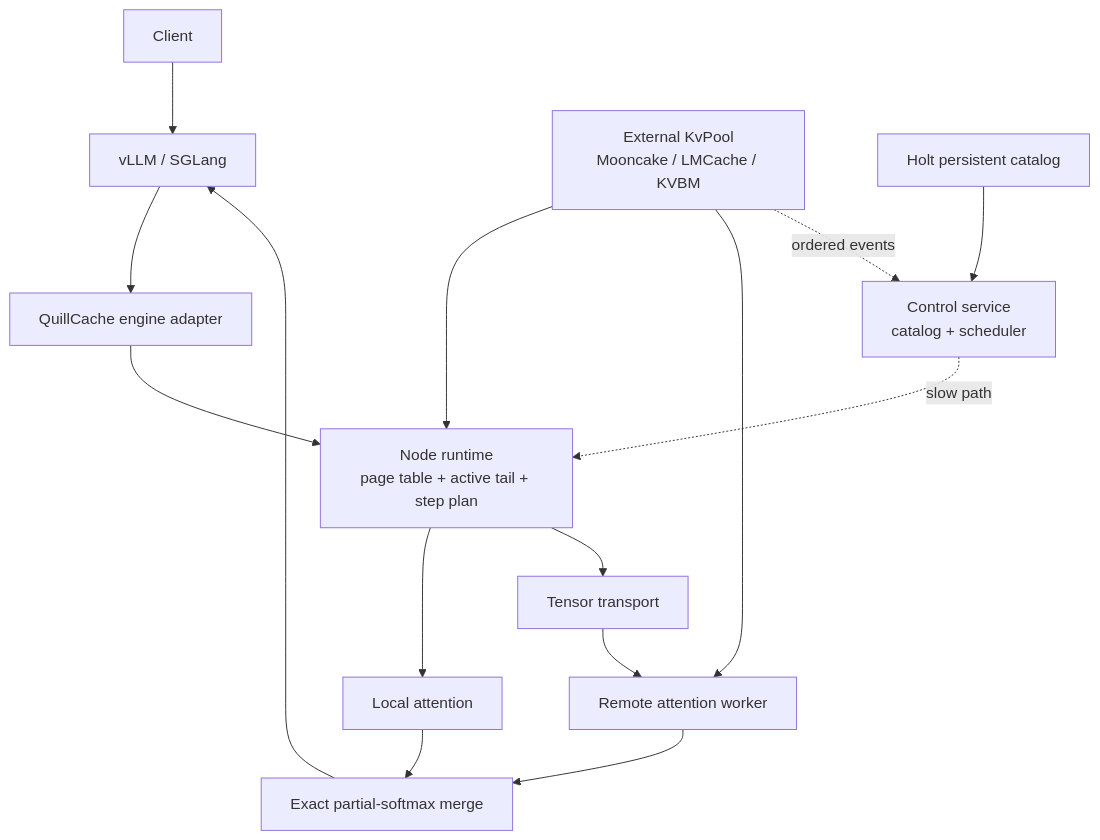
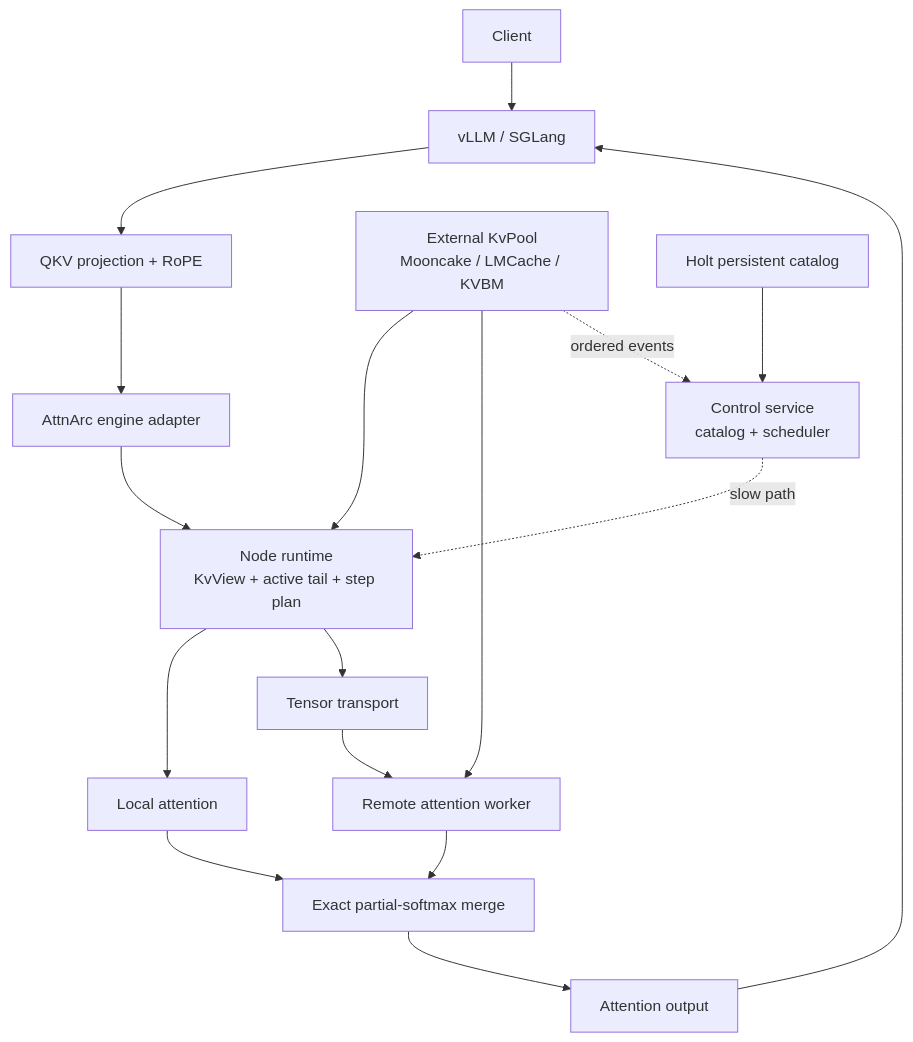
One commit to feichai0017/loom-attention changed the diagram in docs/architecture.md. Above: the diagram before and after it, drawn with Mermaid. The commit also changed other lines of this file and 38 other files, not shown here.

Commit message:
refactor!: rename project to AttnArc

````diff
--- a/docs/architecture.md
+++ b/docs/architecture.md
@@ -9,20 +11,22 @@
 ```mermaid
 flowchart TB
     Client["Client"] --> Engine["vLLM / SGLang"]
-    Engine --> Adapter["QuillCache engine adapter"]
-    Adapter --> Runtime["Node runtime\npage table + active tail + step plan"]
+    Engine --> Projection["QKV projection + RoPE"]
+    Projection --> Adapter["AttnArc engine adapter"]
+    Adapter --> Runtime["Node runtime\nKvView + active tail + step plan"]
 
     Runtime --> Local["Local attention"]
     Runtime --> Transport["Tensor transport"]
     Transport --> Worker["Remote attention worker"]
     Worker --> Merge["Exact partial-softmax merge"]
     Local --> Merge
-    Merge --> Engine
+    Merge --> Output["Attention output"]
+    Output --> Engine
 
     Pool["External KvPool\nMooncake / LMCache / KVBM"] --> Runtime
     Pool --> Worker
 
     Control["Control service\ncatalog + scheduler"] -. slow path .-> Runtime
     Holt["Holt persistent catalog"] --> Control
     Pool -. ordered events .-> Control
 ```
````
